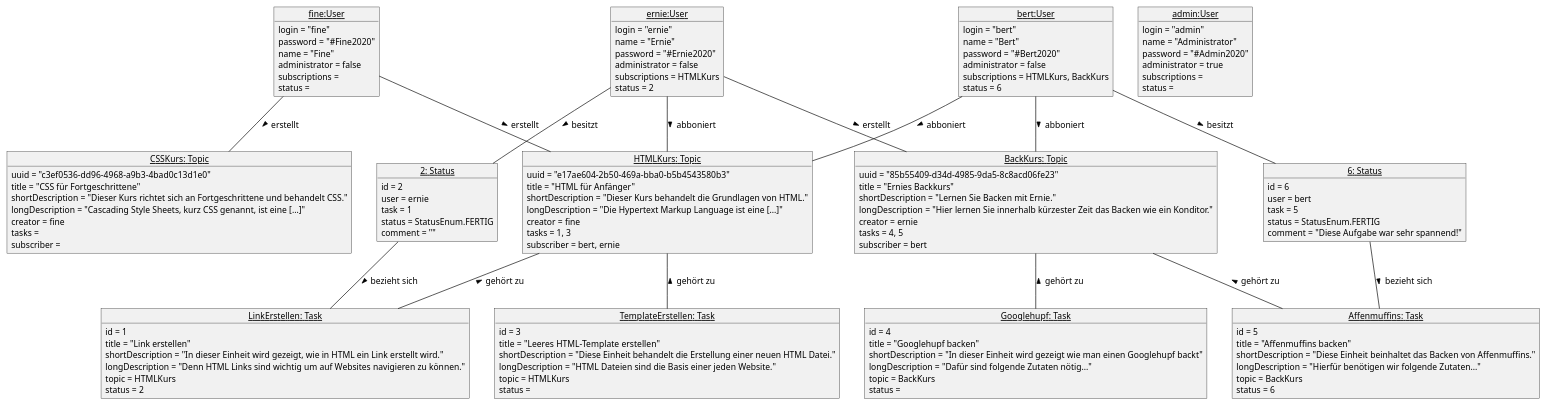
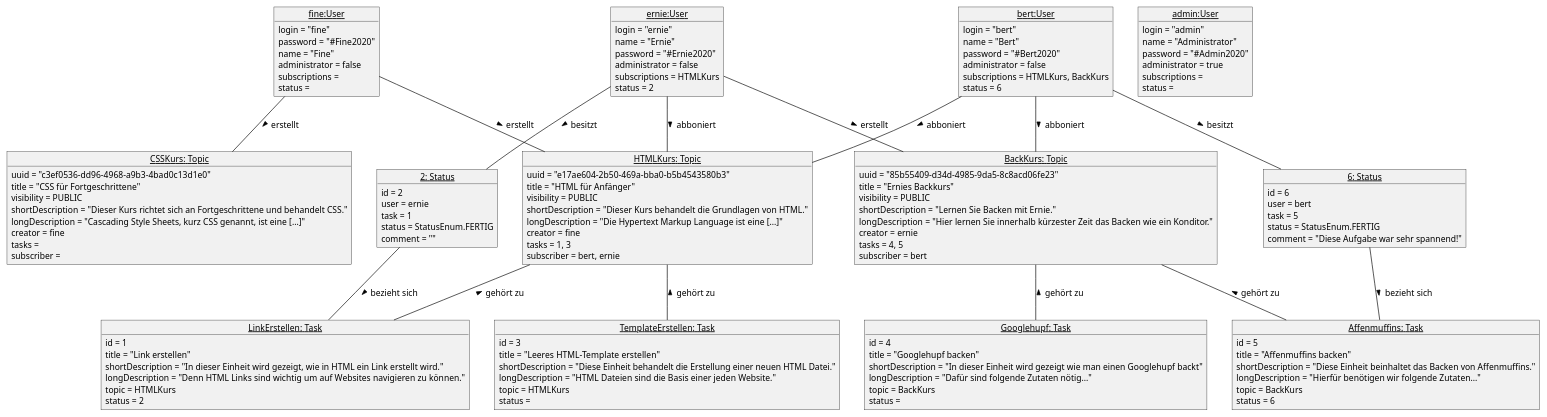
Before and after one commit to SimonHirner/agenda20: the diagram in doku/Objektmodell.plantuml, drawn with PlantUML. The commit also changed 14 other files, not shown here.

```diff
--- a/doku/Objektmodell.plantuml
+++ b/doku/Objektmodell.plantuml
@@ -1,148 +1,151 @@
 @startuml
 
 ' Layout
 skinparam classAttributeIconSize 0
 skinparam monochrome true
 skinparam shadowing false
 skinparam DefaultFontName arial
 skinparam DefaultFontSize 12
 skinparam ClassFontStyle bold
 
 'User
 object "<u>fine:User</u>" as fine{
     login = "fine"
     password = "#Fine2020"
     name = "Fine"
     administrator = false
     subscriptions = 
     status = 
 }
 object "<u>ernie:User</u>" as ernie{
     login = "ernie"
     name = "Ernie"
     password = "#Ernie2020"
     administrator = false
     subscriptions = HTMLKurs
     status = 2
 }
 object "<u>bert:User</u>" as bert{
     login = "bert"
     name = "Bert"
     password = "#Bert2020"
     administrator = false
     subscriptions = HTMLKurs, BackKurs
     status = 6
 }
 object "<u>admin:User</u>" as admin{
     login = "admin"
     name = "Administrator"
     password = "#Admin2020"
     administrator = true
     subscriptions = 
     status = 
 }
 
 'Topics
 object "<u>HTMLKurs: Topic</u>" as HTMLKurs{
 	uuid = "e17ae604-2b50-469a-bba0-b5b4543580b3"
     title = "HTML für Anfänger"
+    visibility = PUBLIC
     shortDescription = "Dieser Kurs behandelt die Grundlagen von HTML."
     longDescription = "Die Hypertext Markup Language ist eine [...]"
     creator = fine
     tasks = 1, 3
     subscriber = bert, ernie
 
 }
 object "<u>CSSKurs: Topic</u>" as CSSKurs{
 	uuid = "c3ef0536-dd96-4968-a9b3-4bad0c13d1e0"
     title = "CSS für Fortgeschrittene"
+    visibility = PUBLIC
     shortDescription = "Dieser Kurs richtet sich an Fortgeschrittene und behandelt CSS."
     longDescription = "Cascading Style Sheets, kurz CSS genannt, ist eine [...]"
     creator = fine
     tasks = 
     subscriber = 
 }
 object "<u>BackKurs: Topic</u>" as BackKurs{
 	uuid = "85b55409-d34d-4985-9da5-8c8acd06fe23"
     title = "Ernies Backkurs"
+    visibility = PUBLIC
     shortDescription = "Lernen Sie Backen mit Ernie."
     longDescription = "Hier lernen Sie innerhalb kürzester Zeit das Backen wie ein Konditor."
     creator = ernie
     tasks = 4, 5
     subscriber = bert
 }
 
 'Tasks
 object "<u>LinkErstellen: Task</u>" as LinkErstellen {
     id = 1
     title = "Link erstellen"
     shortDescription = "In dieser Einheit wird gezeigt, wie in HTML ein Link erstellt wird."
     longDescription = "Denn HTML Links sind wichtig um auf Websites navigieren zu können."
     topic = HTMLKurs
     status = 2
 }
 object "<u>TemplateErstellen: Task</u>" as HTMlErstellen {
     id = 3
     title = "Leeres HTML-Template erstellen"
     shortDescription = "Diese Einheit behandelt die Erstellung einer neuen HTML Datei."
     longDescription = "HTML Dateien sind die Basis einer jeden Website."
     topic = HTMLKurs
     status =
 }
 object "<u>Googlehupf: Task</u>" as Googlehupf {
     id = 4
     title = "Googlehupf backen"
     shortDescription = "In dieser Einheit wird gezeigt wie man einen Googlehupf backt"
     longDescription = "Dafür sind folgende Zutaten nötig..."
     topic = BackKurs
     status =
 }
 object "<u>Affenmuffins: Task</u>" as Affenmuffins {
     id = 5
     title = "Affenmuffins backen"
     shortDescription = "Diese Einheit beinhaltet das Backen von Affenmuffins."
     longDescription = "Hierfür benötigen wir folgende Zutaten..."
     topic = BackKurs
     status = 6
 }
 
 'status
 object "<u>2: Status</u>" as 2{
 	id = 2
 	user = ernie
 	task = 1
 	status = StatusEnum.FERTIG
 	comment = ""
 }
 
 object "<u>6: Status</u>" as 6{
 	id = 6
 	user = bert
 	task = 5
 	status = StatusEnum.FERTIG
 	comment = "Diese Aufgabe war sehr spannend!"
 }
 
 'Assoziationen
 fine -- HTMLKurs :> erstellt
 fine -- CSSKurs :> erstellt
 ernie -- BackKurs :> erstellt
 
 ernie -- 2 :> besitzt
 bert -- 6 :> besitzt
 
 ernie -- HTMLKurs :> abboniert
 bert -- HTMLKurs :> abboniert
 bert -- BackKurs :> abboniert
 
 HTMLKurs -- LinkErstellen :< gehört zu
 HTMLKurs -- HTMlErstellen :< gehört zu
 
 6 -- Affenmuffins :> bezieht sich
 2 -- LinkErstellen :> bezieht sich
 
 BackKurs -- Googlehupf :< gehört zu
 BackKurs -- Affenmuffins :< gehört zu
 
 
 @enduml
```
